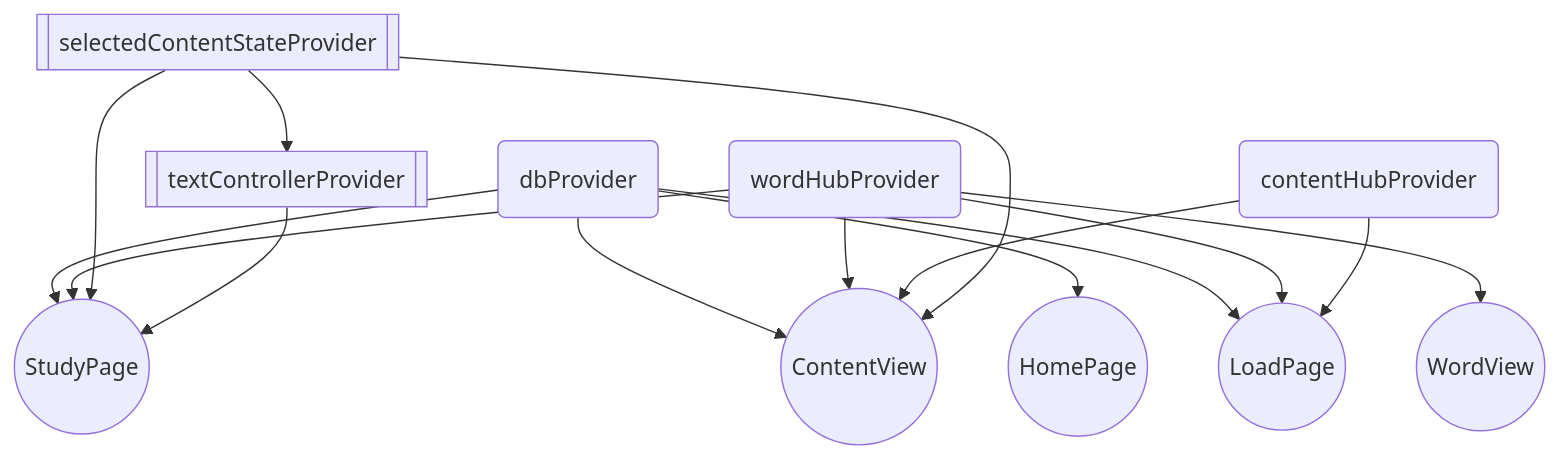
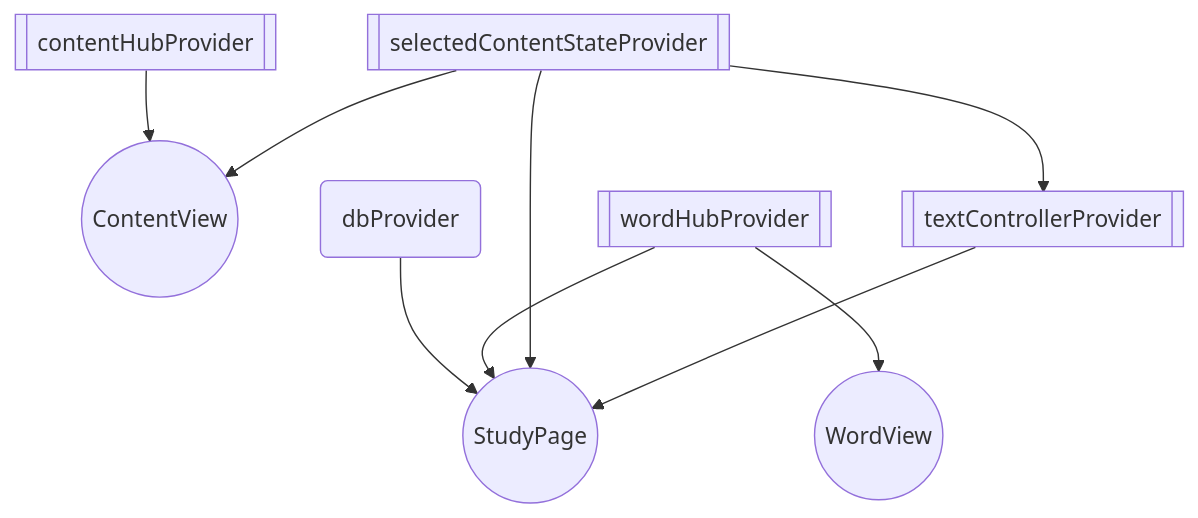
The diagram in riverpod_diagram.md (hpn33/landlearn), drawn with Mermaid before and after one commit. The commit also changed 5 other files, not shown here.

````diff
--- a/riverpod_diagram.md
+++ b/riverpod_diagram.md
@@ -2,32 +2,26 @@
 ```mermaid
 graph TD;
 
 
-9(dbProvider) --> 2((HomePage)) ;
 
 
 9(dbProvider) --> 4((StudyPage)) ;
-10(wordHubProvider) --> 4((StudyPage)) ;
+10[[wordHubProvider]] --> 4((StudyPage)) ;
 12[[selectedContentStateProvider]] --> 4((StudyPage)) ;
 13[[textControllerProvider]] --> 4((StudyPage)) ;
 
 
-9(dbProvider) --> 6((LoadPage)) ;
-10(wordHubProvider) --> 6((LoadPage)) ;
-11(contentHubProvider) --> 6((LoadPage)) ;
 
-10(wordHubProvider) --> 7((WordView)) ;
+10[[wordHubProvider]] --> 7((WordView)) ;
 
-9(dbProvider) --> 8((ContentView)) ;
-10(wordHubProvider) --> 8((ContentView)) ;
-11(contentHubProvider) --> 8((ContentView)) ;
+11[[contentHubProvider]] --> 8((ContentView)) ;
 12[[selectedContentStateProvider]] --> 8((ContentView)) ;
 
 
 
 
 
 12[[selectedContentStateProvider]] --> 13[[textControllerProvider]] ;
 
 
 ```
````
